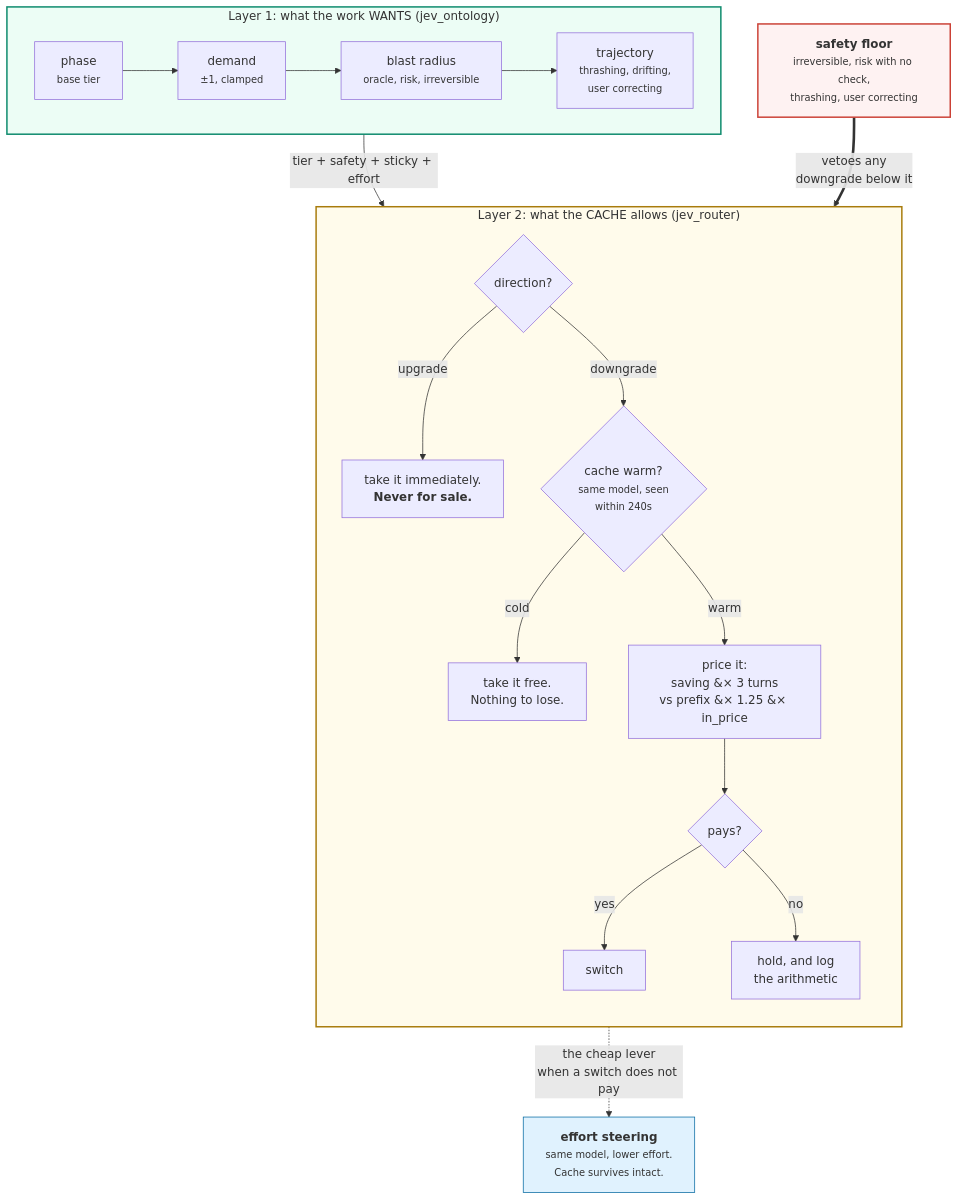
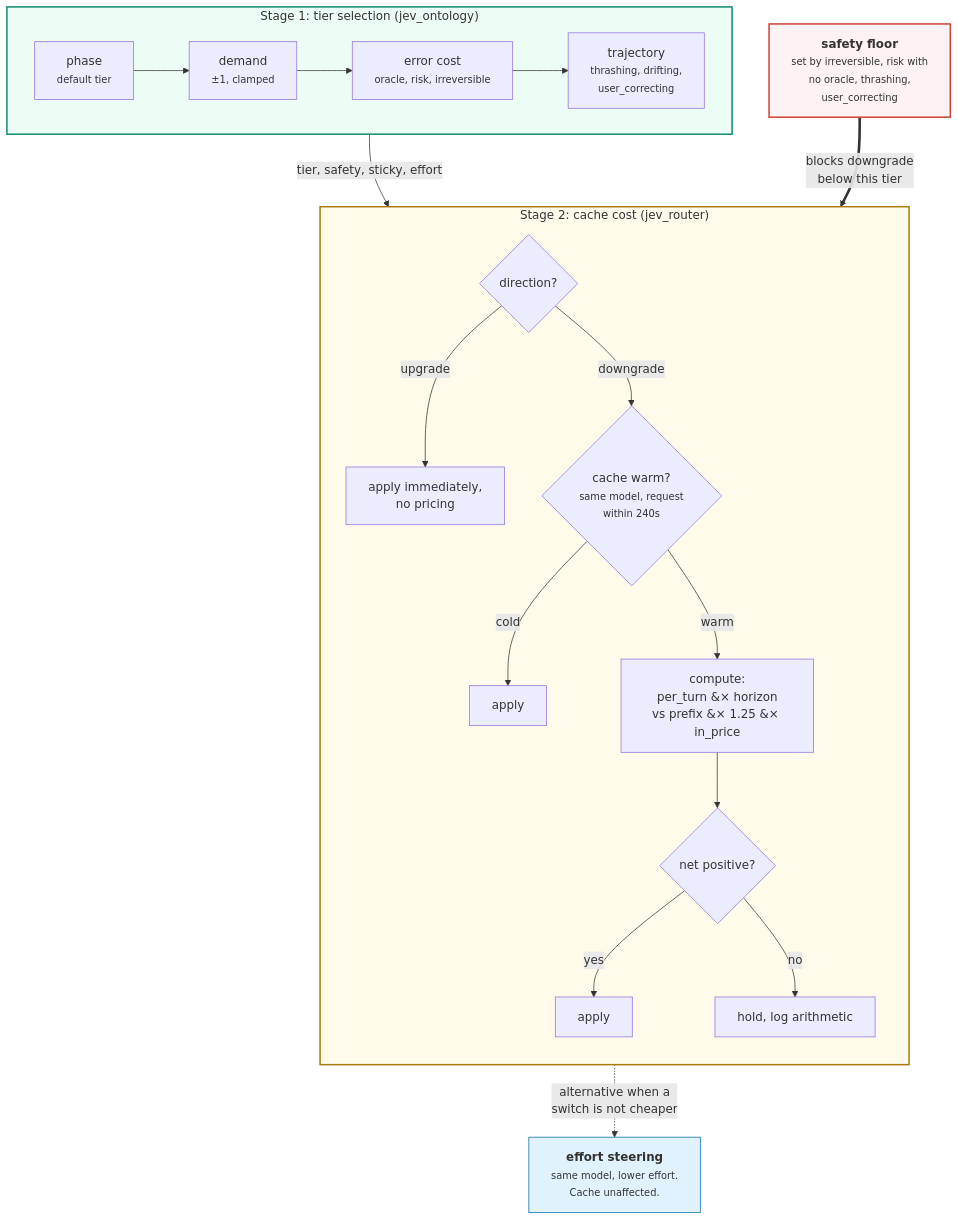
The fourth of 4 diagrams in docs/ARCHITECTURE.md (tgiridhar/claude-code-jev-smart-router), drawn with Mermaid before and after one commit. The commit also changed other lines of this file and 6 other files, not shown here.

````diff
--- a/docs/ARCHITECTURE.md
+++ b/docs/ARCHITECTURE.md
@@ -158,32 +163,32 @@
 ```mermaid
 flowchart TB
-    subgraph want["Layer 1: what the work WANTS (jev_ontology)"]
+    subgraph want["Stage 1: tier selection (jev_ontology)"]
         direction LR
-        w1["phase<br/><small>base tier</small>"] --> w2["demand<br/><small>&plusmn;1, clamped</small>"] --> w3["blast radius<br/><small>oracle, risk, irreversible</small>"] --> w4["trajectory<br/><small>thrashing, drifting,<br/>user correcting</small>"]
+        w1["phase<br/><small>default tier</small>"] --> w2["demand<br/><small>&plusmn;1, clamped</small>"] --> w3["error cost<br/><small>oracle, risk, irreversible</small>"] --> w4["trajectory<br/><small>thrashing, drifting,<br/>user_correcting</small>"]
     end
 
-    want -->|"tier + safety + sticky + effort"| gate
+    want -->|"tier, safety, sticky, effort"| gate
 
-    subgraph gate["Layer 2: what the CACHE allows (jev_router)"]
+    subgraph gate["Stage 2: cache cost (jev_router)"]
         direction TB
         g0{"direction?"}
-        g0 -->|upgrade| g1["take it immediately.<br/><b>Never for sale.</b>"]
-        g0 -->|downgrade| g2{"cache warm?<br/><small>same model, seen<br/>within 240s</small>"}
-        g2 -->|cold| g3["take it free.<br/>Nothing to lose."]
-        g2 -->|warm| g4["price it:<br/>saving &#215; 3 turns<br/>vs prefix &#215; 1.25 &#215; in_price"]
-        g4 --> g5{"pays?"}
-        g5 -->|yes| g6["switch"]
-        g5 -->|no| g7["hold, and log<br/>the arithmetic"]
+        g0 -->|upgrade| g1["apply immediately,<br/>no pricing"]
+        g0 -->|downgrade| g2{"cache warm?<br/><small>same model, request<br/>within 240s</small>"}
+        g2 -->|cold| g3["apply"]
+        g2 -->|warm| g4["compute:<br/>per_turn &#215; horizon<br/>vs prefix &#215; 1.25 &#215; in_price"]
+        g4 --> g5{"net positive?"}
+        g5 -->|yes| g6["apply"]
+        g5 -->|no| g7["hold, log arithmetic"]
     end
 
-    safety["<b>safety floor</b><br/><small>irreversible, risk with no check,<br/>thrashing, user correcting</small>"]
-    safety ==>|"vetoes any<br/>downgrade below it"| gate
+    safety["<b>safety floor</b><br/><small>set by irreversible, risk with<br/>no oracle, thrashing,<br/>user_correcting</small>"]
+    safety ==>|"blocks downgrade<br/>below this tier"| gate
 
-    effort["<b>effort steering</b><br/><small>same model, lower effort.<br/>Cache survives intact.</small>"]
-    gate -.->|"the cheap lever<br/>when a switch does not pay"| effort
+    effort["<b>effort steering</b><br/><small>same model, lower effort.<br/>Cache unaffected.</small>"]
+    gate -.->|"alternative when a<br/>switch is not cheaper"| effort
 
     style want fill:#ecfdf5,stroke:#0c8a6c,stroke-width:2px
     style gate fill:#fffbeb,stroke:#a87b0b,stroke-width:2px
     style safety fill:#fef2f2,stroke:#cb4136,stroke-width:2px
     style effort fill:#e0f2fe,stroke:#0369a1
 ```
````
